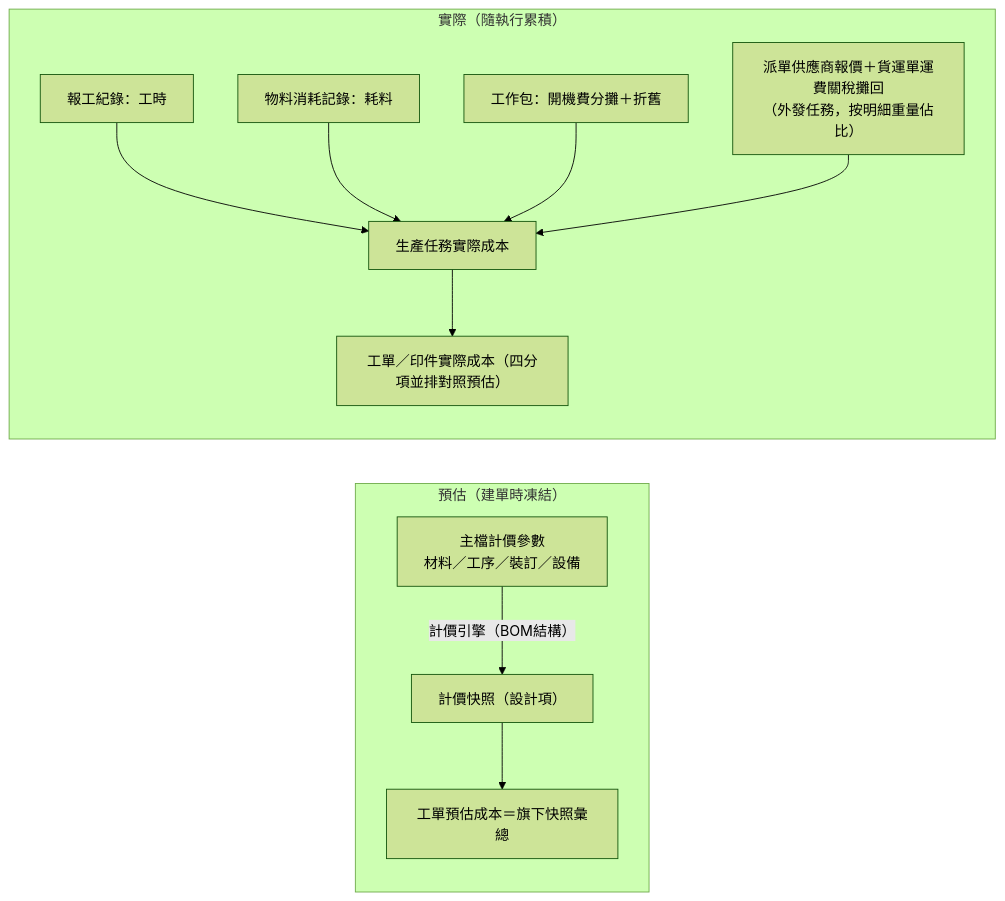
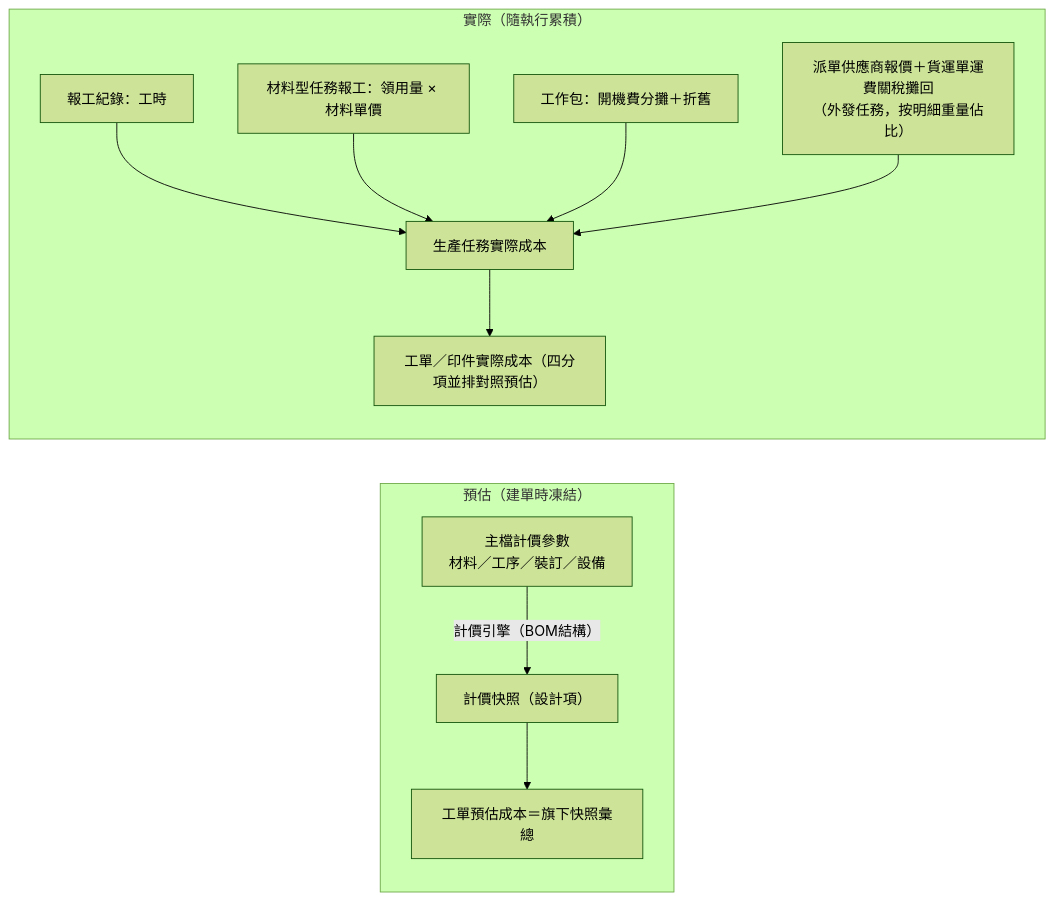
One commit to Kawato-Miles/erp-spec changed the fourth of 4 diagrams in memory/Sens_wiki/wiki/erp/05-entities/生產領域資料結構總覽.md. Above: the diagram before and after it, drawn with Mermaid (forest theme). The commit also changed other lines of this file and 38 other files, not shown here.

````diff
--- a/memory/Sens_wiki/wiki/erp/05-entities/生產領域資料結構總覽.md
+++ b/memory/Sens_wiki/wiki/erp/05-entities/生產領域資料結構總覽.md
@@ -104,14 +106,14 @@
 ```mermaid
 flowchart LR
     subgraph 預估["預估（建單時凍結）"]
         C1["主檔計價參數<br>材料／工序／裝訂／設備"] -->|"計價引擎（BOM結構）"| C2["計價快照（設計項）"]
         C2 --> C3["工單預估成本＝旗下快照彙總"]
     end
     subgraph 實際["實際（隨執行累積）"]
         D1["報工紀錄：工時"] --> D5["生產任務實際成本"]
-        D2["物料消耗記錄：耗料"] --> D5
+        D2["材料型任務報工：領用量 × 材料單價"] --> D5
         D3["工作包：開機費分攤＋折舊"] --> D5
         D4["派單供應商報價＋貨運單運費關稅攤回<br>（外發任務，按明細重量佔比）"] --> D5
         D5 --> D6["工單／印件實際成本（四分項並排對照預估）"]
     end
 ```
````
